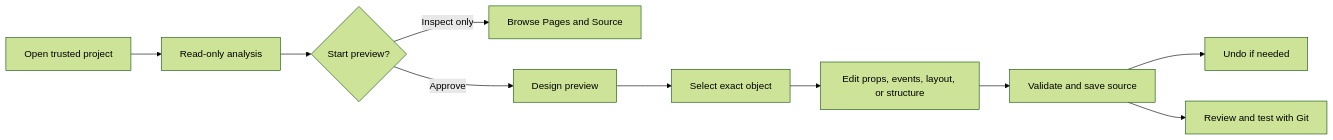
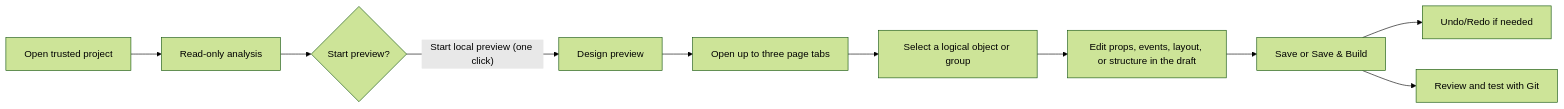
One commit to RaditteAnggoro/react-uiux-tool changed the first of 3 diagrams in docs/USER_GUIDE_EN.md. Above: the diagram before and after it, drawn with Mermaid (forest theme). The commit also changed other lines of this file and 40 other files, not shown here.

````diff
--- a/docs/USER_GUIDE_EN.md
+++ b/docs/USER_GUIDE_EN.md
@@ -91,12 +91,12 @@
 ```mermaid
 flowchart LR
   A[Open trusted project] --> B[Read-only analysis]
   B --> C{Start preview?}
-  C -- Inspect only --> D[Browse Pages and Source]
-  C -- Approve --> E[Design preview]
-  E --> F[Select exact object]
-  F --> G[Edit props, events, layout, or structure]
-  G --> H[Validate and save source]
-  H --> I[Undo if needed]
+  C -- Start local preview (one click) --> E[Design preview]
+  E --> D[Open up to three page tabs]
+  D --> F[Select a logical object or group]
+  F --> G[Edit props, events, layout, or structure in the draft]
+  G --> H[Save or Save & Build]
+  H --> I[Undo/Redo if needed]
   H --> J[Review and test with Git]
 ```
````
